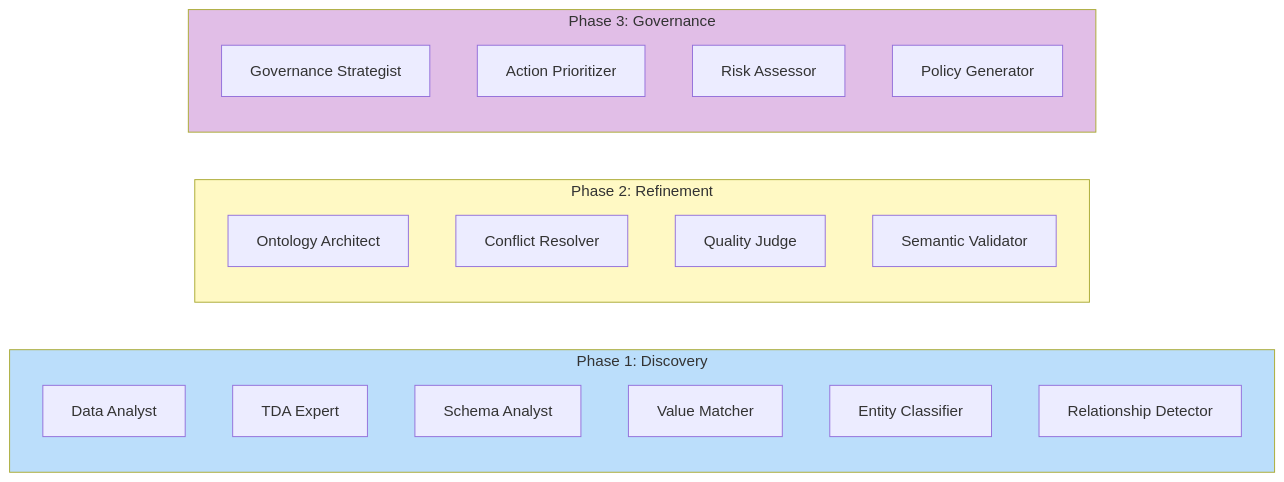
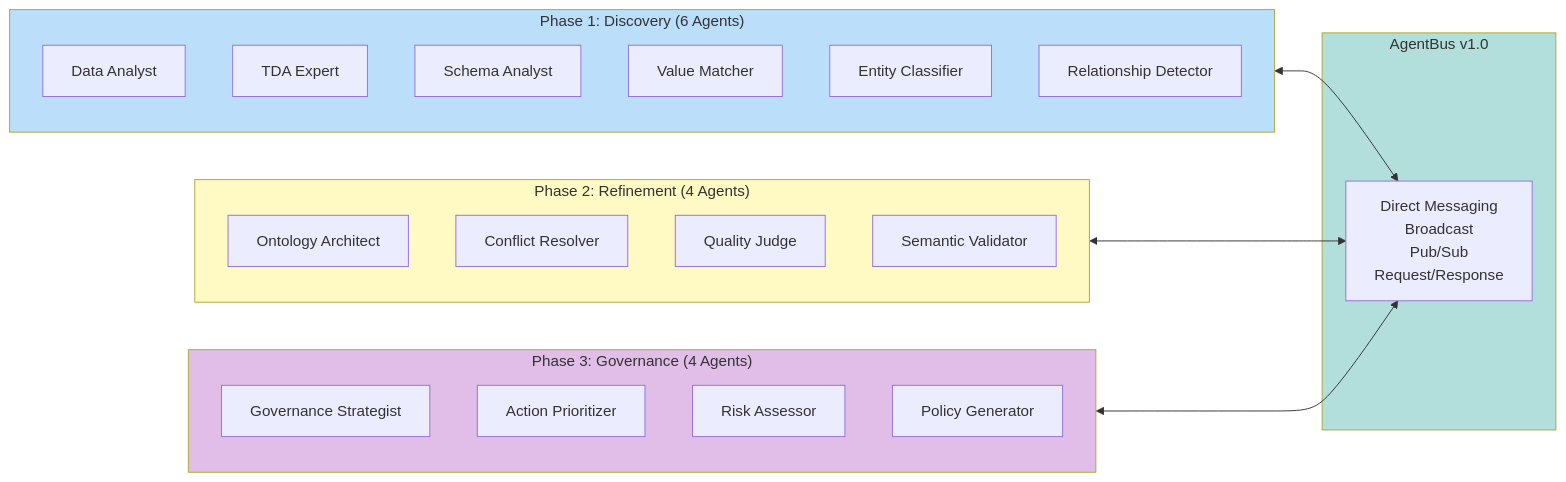
The third of 10 diagrams in docs/diagrams/README.md (sabill123/ontology), drawn with Mermaid before and after one commit. The commit also changed other lines of this file and 176 other files, not shown here.

````diff
--- a/docs/diagrams/README.md
+++ b/docs/diagrams/README.md
@@ -69,29 +115,38 @@
 ```mermaid
 graph LR
-    subgraph Phase1["Phase 1: Discovery"]
+    subgraph Phase1["Phase 1: Discovery (6 Agents)"]
         A1[Data Analyst]
         A2[TDA Expert]
         A3[Schema Analyst]
         A4[Value Matcher]
         A5[Entity Classifier]
         A6[Relationship Detector]
     end
 
-    subgraph Phase2["Phase 2: Refinement"]
+    subgraph Phase2["Phase 2: Refinement (4 Agents)"]
         B1[Ontology Architect]
         B2[Conflict Resolver]
         B3[Quality Judge]
         B4[Semantic Validator]
     end
 
-    subgraph Phase3["Phase 3: Governance"]
+    subgraph Phase3["Phase 3: Governance (4 Agents)"]
         C1[Governance Strategist]
         C2[Action Prioritizer]
         C3[Risk Assessor]
         C4[Policy Generator]
     end
 
+    subgraph Communication["AgentBus v1.0"]
+        BUS[Direct Messaging<br/>Broadcast<br/>Pub/Sub<br/>Request/Response]
+    end
+
+    Phase1 <--> BUS
+    Phase2 <--> BUS
+    Phase3 <--> BUS
+
     style Phase1 fill:#bbdefb
     style Phase2 fill:#fff9c4
     style Phase3 fill:#e1bee7
+    style Communication fill:#b2dfdb
 ```
````
